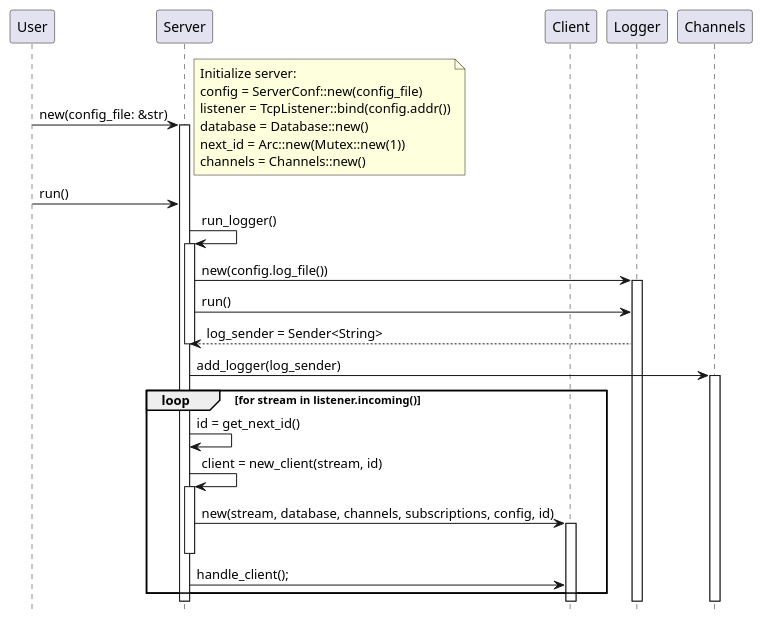
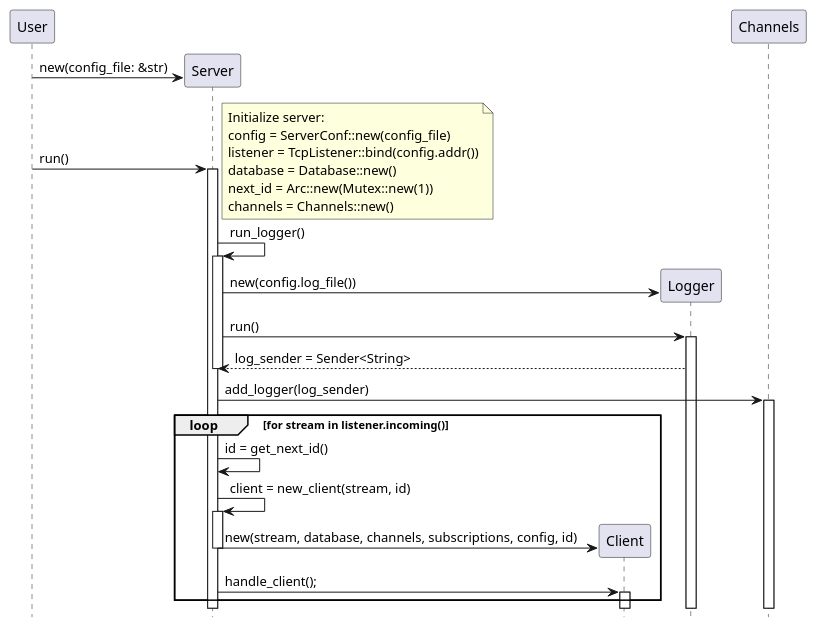
One commit to taller-1-fiuba-rust/21C1-OxidadosFC changed the diagram in src/Diagramas/start_redis.puml. Above: the diagram before and after it, drawn with PlantUML. The commit also changed 1 other file, not shown here.

Commit message:
database_unit added

```diff
--- a/src/Diagramas/start_redis.puml
+++ b/src/Diagramas/start_redis.puml
@@ -1,28 +1,31 @@
 @startuml start_redis
 hide footbox
 participant User order 10
 participant Server order 20
 participant Client order 30
 participant Logger order 40
 participant Channels order 50
 
-User -> Server ++: new(config_file: &str)
+create Server
+User -> Server: new(config_file: &str)
+User -> Server ++: run()
 note right: Initialize server:\nconfig = ServerConf::new(config_file)\nlistener = TcpListener::bind(config.addr())\ndatabase = Database::new()\nnext_id = Arc::new(Mutex::new(1))\nchannels = Channels::new()
-User -> Server: run()
 
 Server -> Server ++: run_logger()
-Server -> Logger ++: new(config.log_file())
-Server -> Logger : run()
+create Logger
+Server -> Logger : new(config.log_file())
+Server -> Logger ++: run()
 Logger --> Server: log_sender = Sender<String>
 deactivate Server
 
 Server -> Channels ++: add_logger(log_sender)
     loop for stream in listener.incoming()
         Server -> Server: id = get_next_id()
         Server -> Server ++: client = new_client(stream, id)
-        Server -> Client ++: new(stream, database, channels, subscriptions, config, id)
+        create Client
+        Server -> Client : new(stream, database, channels, subscriptions, config, id)
         deactivate Server
-        Server -> Client : handle_client();
+        Server -> Client ++: handle_client();
     end
 
 @enduml
```
